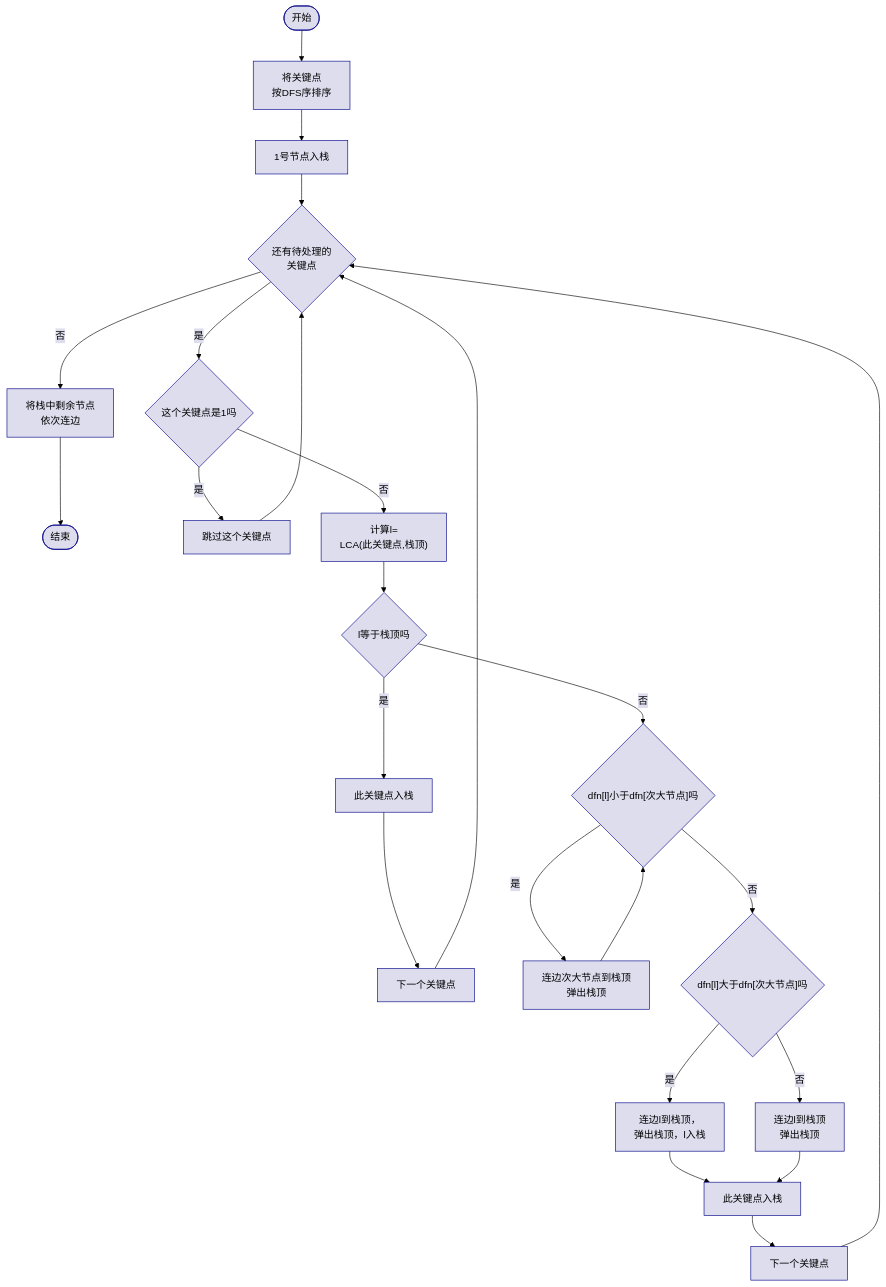
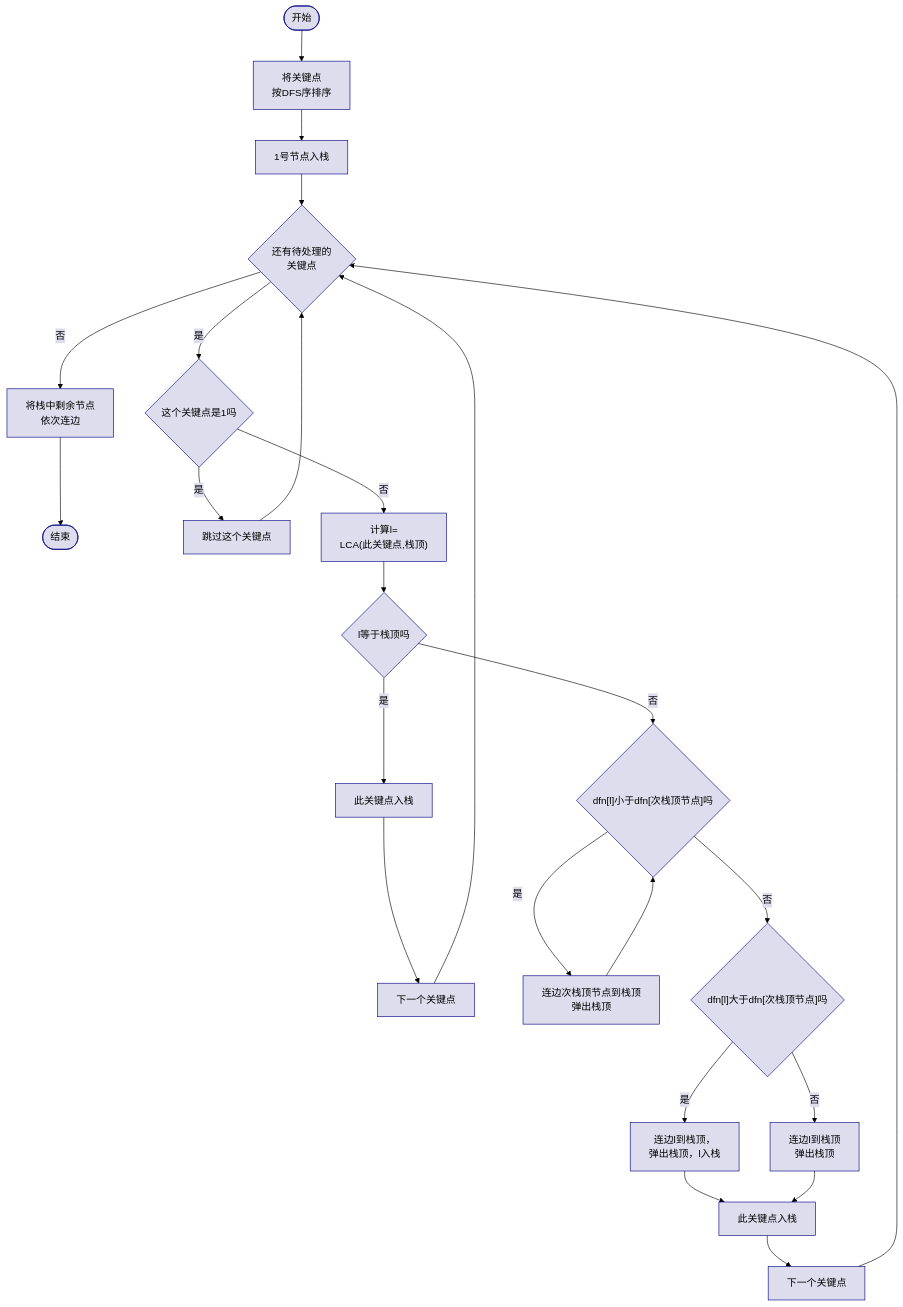
Before and after one commit to cyrxdzj/cyrxdzj_blog_cd: the diagram in src/data/posts/TYOI20260821-01-VirtualTree.md, drawn with Mermaid (forest theme). The commit also changed other lines of this file and 4 other files, not shown here.

````diff
--- a/src/data/posts/TYOI20260821-01-VirtualTree.md
+++ b/src/data/posts/TYOI20260821-01-VirtualTree.md
@@ -31,28 +36,28 @@
 ```mermaid
 flowchart TD
     classDef node fill:#DDDDEE,stroke:#000088;
     classDef edgeLabel background-color:#DDDDEE;
     A([开始]) --> B[将关键点\n按DFS序排序]
     B --> C[1号节点入栈]
     C --> D{还有待处理的\n关键点}
     D -->|否| Z[将栈中剩余节点\n依次连边]
     Z --> ED([结束])
     D -->|是|E{这个关键点是1吗}
     E -->|是| D2[跳过这个关键点]
     D2 --> D
     E -->|否| F["计算l=\nLCA(此关键点,栈顶)"]
     F --> G{l等于栈顶吗}
     G -->|是| H["此关键点入栈"]
     H --> D3[下一个关键点]
     D3 --> D
-    G -->|否| I{"dfn[l]小于dfn[次大节点]吗"}
-    I -->|是| J[连边次大节点到栈顶\n弹出栈顶]
+    G -->|否| I{"dfn[l]小于dfn[次栈顶节点]吗"}
+    I -->|是| J[连边次栈顶节点到栈顶\n弹出栈顶]
     J --> I
-    I -->|否| K{"dfn[l]大于dfn[次大节点]吗"}
+    I -->|否| K{"dfn[l]大于dfn[次栈顶节点]吗"}
     K -->|是| L[连边l到栈顶，\n弹出栈顶，l入栈]
     K -->|否| M[连边l到栈顶\n弹出栈顶]
     L --> N["此关键点入栈"]
     M --> N
     N --> D4[下一个关键点]
     D4 --> D
 ```
````
